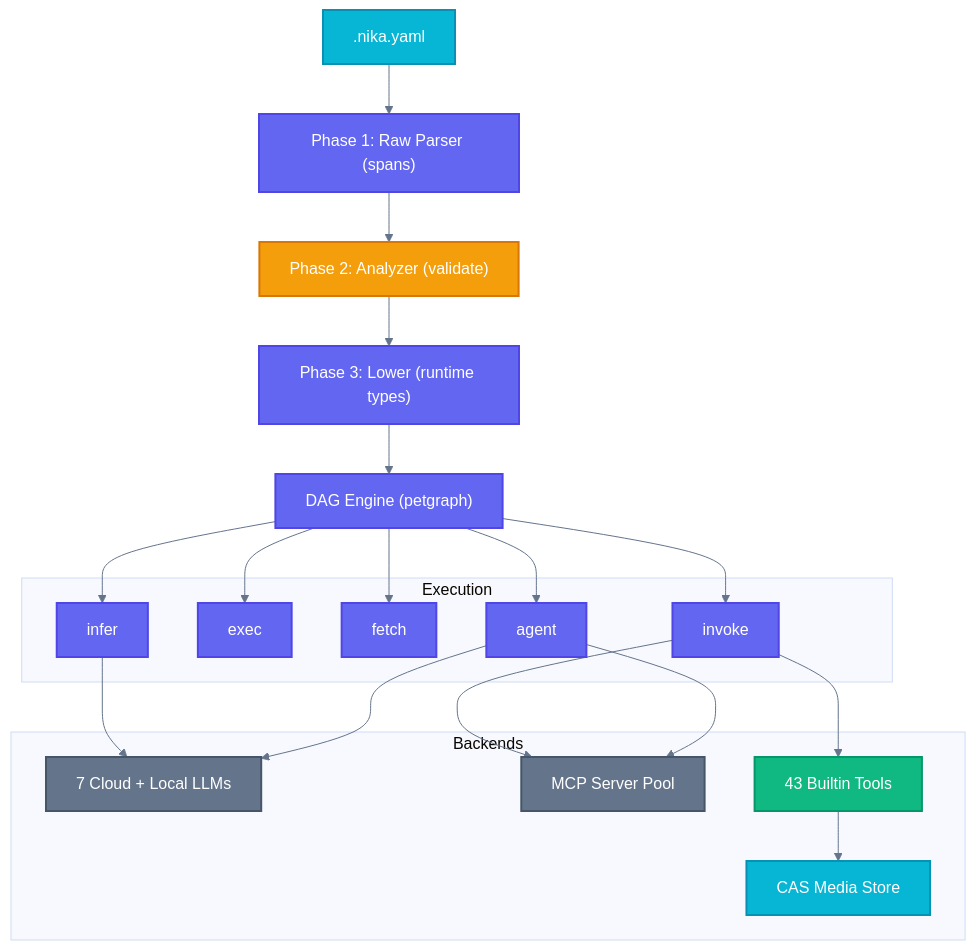
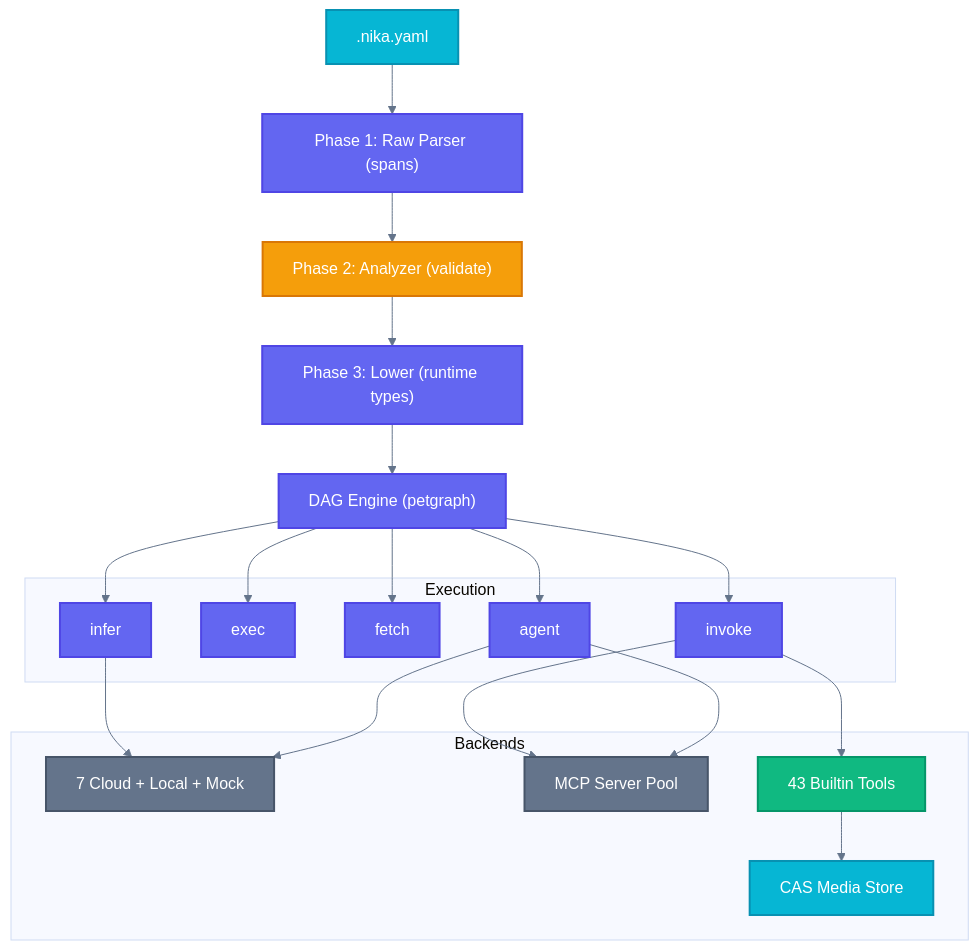
The fifth of 6 diagrams in README.md (supernovae-st/nika), drawn with Mermaid before and after one commit. The commit also changed other lines of this file, not shown here.

````diff
--- a/README.md
+++ b/README.md
@@ -780,42 +781,42 @@
 ```mermaid
 %%{init: {'theme': 'base', 'themeVariables': {'lineColor': '#64748b'}}}%%
 flowchart TD
     classDef process fill:#6366f1,stroke:#4f46e5,stroke-width:2px,color:#ffffff
     classDef data fill:#06b6d4,stroke:#0891b2,stroke-width:2px,color:#ffffff
     classDef decision fill:#f59e0b,stroke:#d97706,stroke-width:2px,color:#ffffff
     classDef success fill:#10b981,stroke:#059669,stroke-width:2px,color:#ffffff
     classDef external fill:#64748b,stroke:#475569,stroke-width:2px,color:#ffffff
 
     YAML[".nika.yaml"]:::data
     RAW["Phase 1: Raw Parser (spans)"]:::process
     ANA["Phase 2: Analyzer (validate)"]:::decision
     LOW["Phase 3: Lower (runtime types)"]:::process
     DAG["DAG Engine (petgraph)"]:::process
 
     YAML --> RAW --> ANA --> LOW --> DAG
 
     subgraph Execution
         INF[infer]:::process
         EXC[exec]:::process
         FET[fetch]:::process
         INV[invoke]:::process
         AGT[agent]:::process
     end
 
     DAG --> INF & EXC & FET & INV & AGT
 
     subgraph Backends
-        PROV["7 Cloud + Local LLMs"]:::external
+        PROV["7 Cloud + Local + Mock"]:::external
         MCPS["MCP Server Pool"]:::external
         BUILT["43 Builtin Tools"]:::success
         CAS["CAS Media Store"]:::data
     end
 
     INF & AGT --> PROV
     INV & AGT --> MCPS
     INV --> BUILT
     BUILT --> CAS
 
     accTitle: Nika Architecture
     accDescr: Three-phase AST pipeline feeding a DAG engine that dispatches to 5 verb executors backed by providers, MCP servers, builtin tools, and CAS
 ```
````
